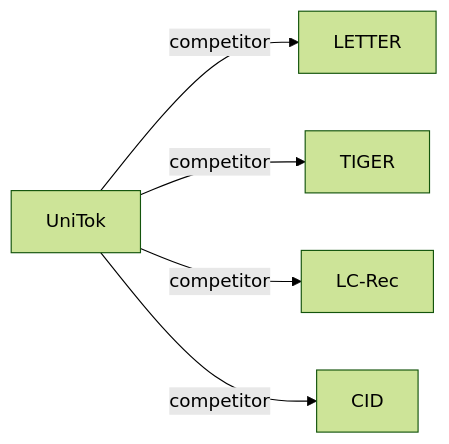
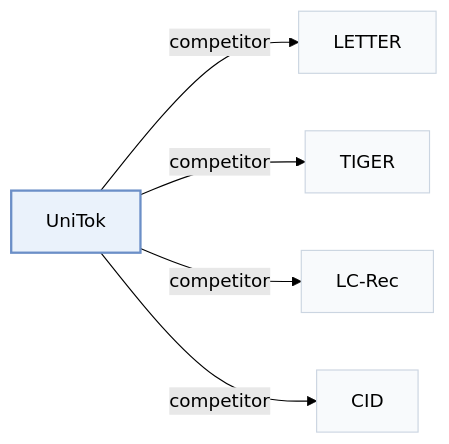
The second of 2 diagrams in pages/papers/unitok.md (Galaxy-ghost/Awesome-SID-Generative-Rec), drawn with Mermaid (forest theme) before and after one commit. The commit also changed other lines of this file and 649 other files, not shown here.

Commit message:
writer-05: also tags and modality index (schema, check, build, visuals); summary field removed; calibration data for 12 papers

````diff
--- a/pages/papers/unitok.md
+++ b/pages/papers/unitok.md
@@ -67,8 +74,12 @@
 ```mermaid
 flowchart LR
     P["UniTok"]
-    P -->|competitor| A["LETTER"]
-    P -->|competitor| B["TIGER"]
-    P -->|competitor| C["LC-Rec"]
-    P -->|competitor| D["CID"]
+    P -->|"competitor"| A["LETTER"]
+    P -->|"competitor"| B["TIGER"]
+    P -->|"competitor"| C["LC-Rec"]
+    P -->|"competitor"| D["CID"]
+    classDef main fill:#eaf2fb,stroke:#6b8fc7,stroke-width:2px
+    classDef peer fill:#f8fafc,stroke:#cbd5e1
+    class P main
+    class A,B,C,D peer
 ```
````
